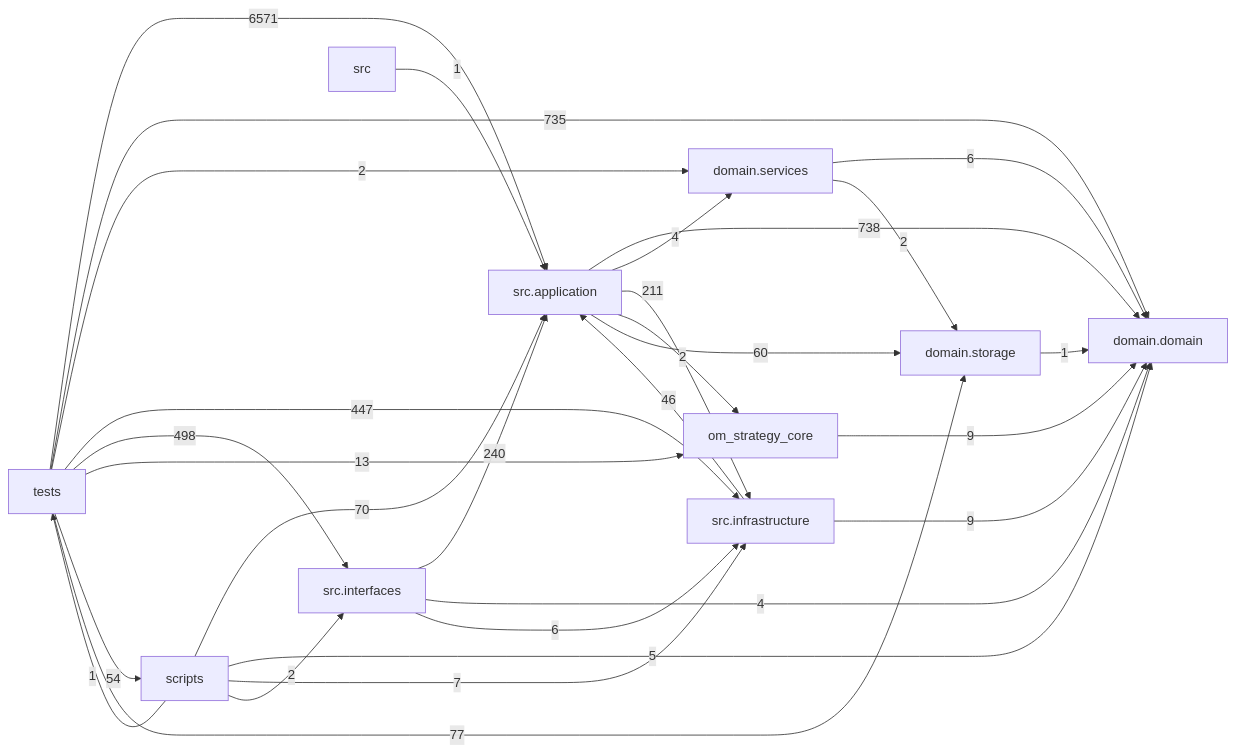
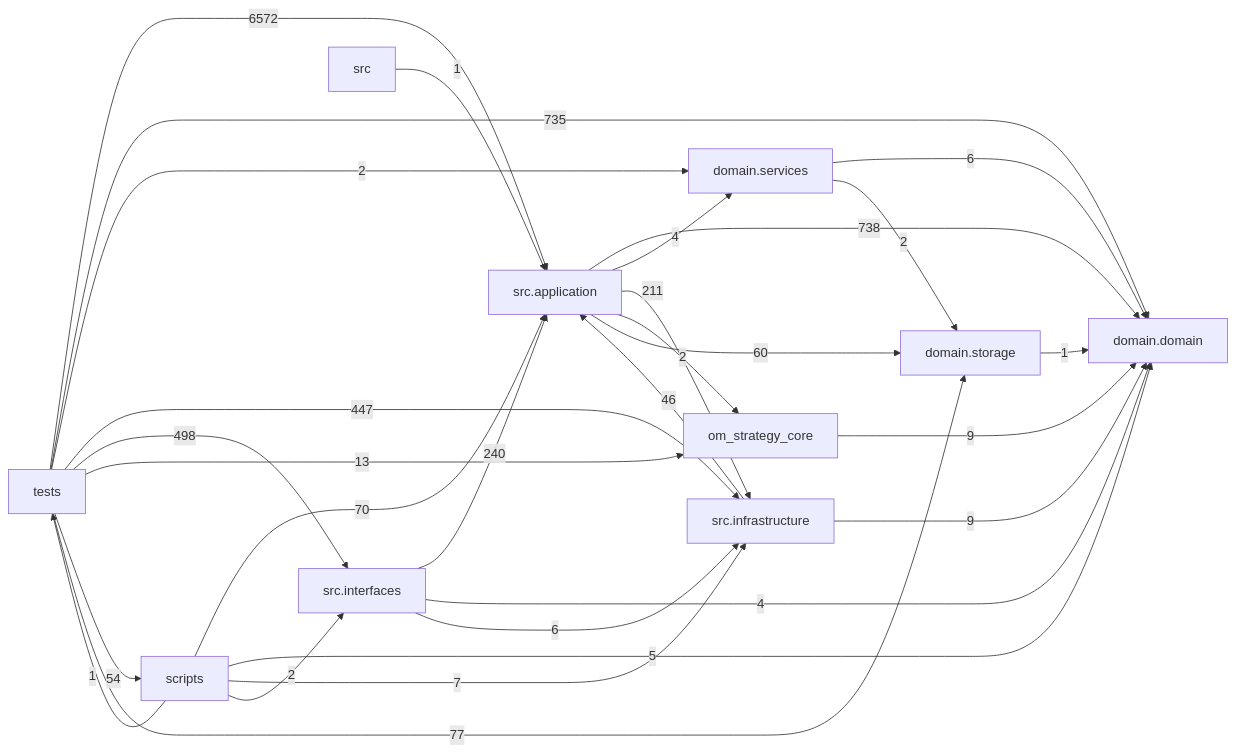
Before and after one commit to liuxie066/options-monitor: the diagram in docs/DEPENDENCY_GRAPH.md, drawn with Mermaid. The commit also changed other lines of this file and 2 other files, not shown here.

````diff
--- a/docs/DEPENDENCY_GRAPH.md
+++ b/docs/DEPENDENCY_GRAPH.md
@@ -24,39 +24,39 @@
 ```mermaid
 flowchart LR
   tests["tests"]
   scripts["scripts"]
   interfaces["src.interfaces"]
   application["src.application"]
   infrastructure["src.infrastructure"]
   domain_services["domain.services"]
   domain["domain.domain"]
   storage["domain.storage"]
   application -->|738| domain
   application -->|4| domain_services
   application -->|211| infrastructure
   application -->|2| om_strategy_core
   application -->|60| storage
   domain_services -->|6| domain
   domain_services -->|2| storage
   infrastructure -->|46| application
   infrastructure -->|9| domain
   interfaces -->|240| application
   interfaces -->|4| domain
   interfaces -->|6| infrastructure
   om_strategy_core -->|9| domain
   scripts -->|70| application
   scripts -->|5| domain
   scripts -->|7| infrastructure
   scripts -->|2| interfaces
   scripts -->|1| tests
   src -->|1| application
   storage -->|1| domain
-  tests -->|6571| application
+  tests -->|6572| application
   tests -->|735| domain
   tests -->|2| domain_services
   tests -->|447| infrastructure
   tests -->|498| interfaces
   tests -->|13| om_strategy_core
   tests -->|54| scripts
   tests -->|77| storage
 ```
````
